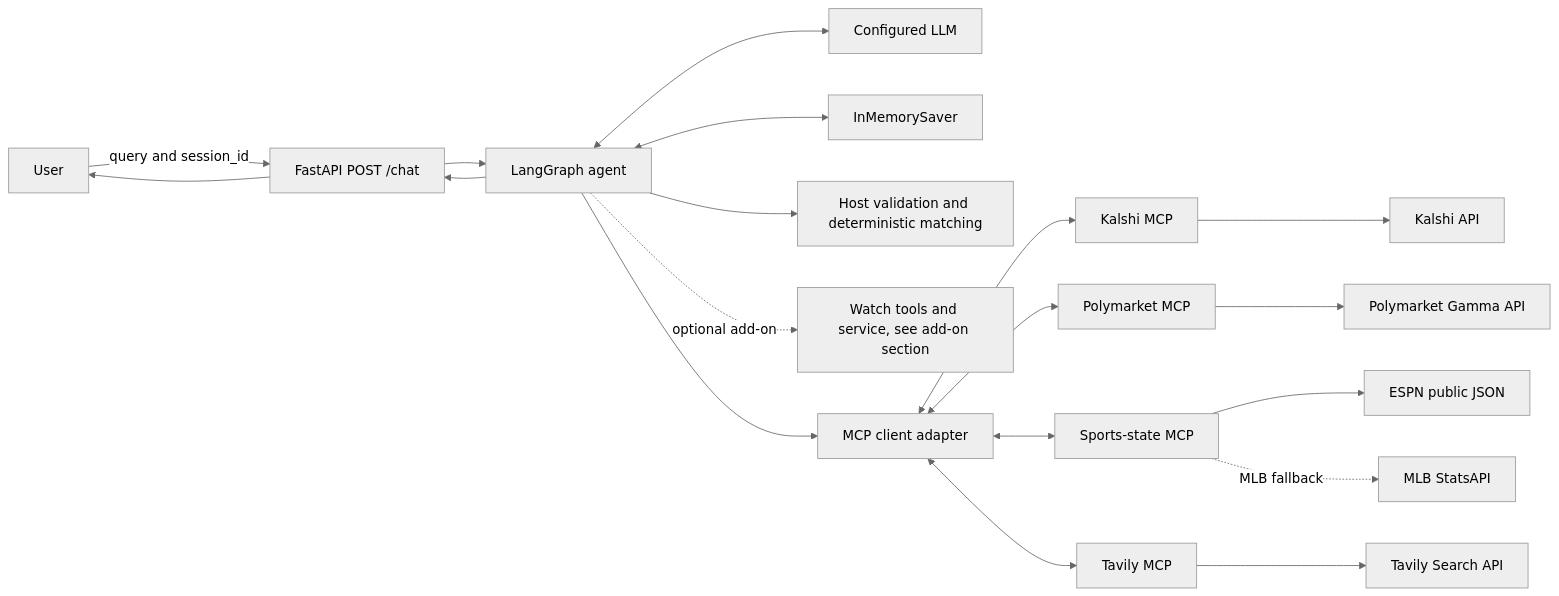
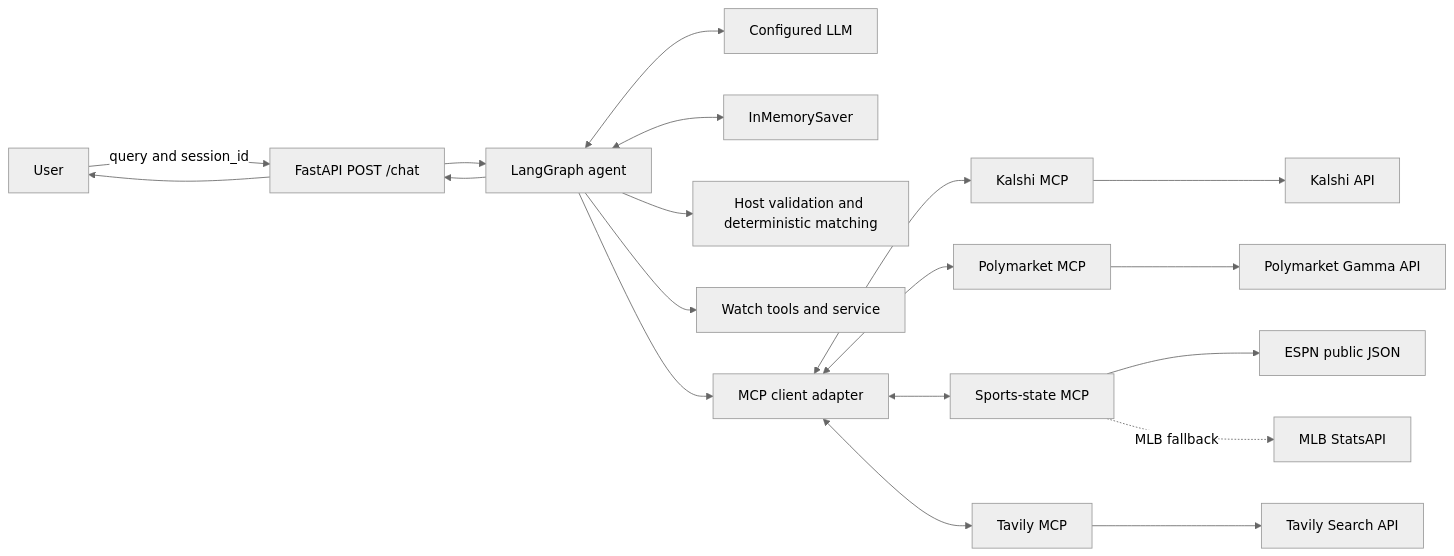
The first of 4 diagrams in README.md (waderylan/prediction-market-agent), drawn with Mermaid (neutral theme) before and after one commit. The commit also changed other lines of this file and 24 other files, not shown here.

````diff
--- a/README.md
+++ b/README.md
@@ -226,21 +228,21 @@
 ```mermaid
 flowchart LR
     U[User] -->|query and session_id| F[FastAPI POST /chat]
     F --> G[LangGraph agent]
     G <--> L[Configured LLM]
     G <--> M[InMemorySaver]
     G --> V[Host validation and deterministic matching]
-    G -. optional add-on .-> WA[Watch tools and service, see add-on section]
+    G --> WA[Watch tools and service]
     G --> A[MCP client adapter]
     A <--> K[Kalshi MCP]
     A <--> P[Polymarket MCP]
     A <--> S[Sports-state MCP]
     A <--> T[Tavily MCP]
     K --> KA[Kalshi API]
     P --> PA[Polymarket Gamma API]
     S --> ESPN[ESPN public JSON]
     S -. MLB fallback .-> MLB[MLB StatsAPI]
     T --> TA[Tavily Search API]
     G --> F
     F --> U
 ```
````
